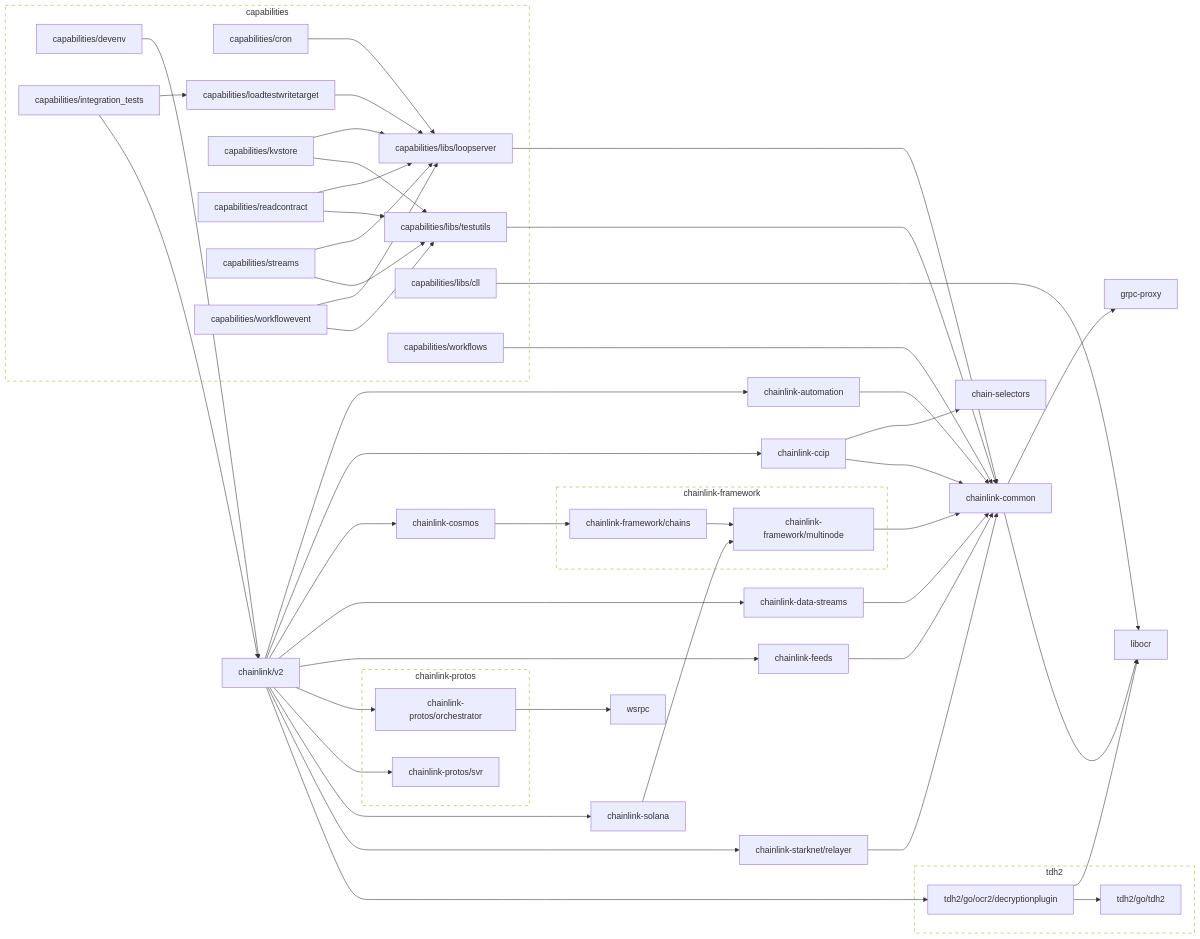
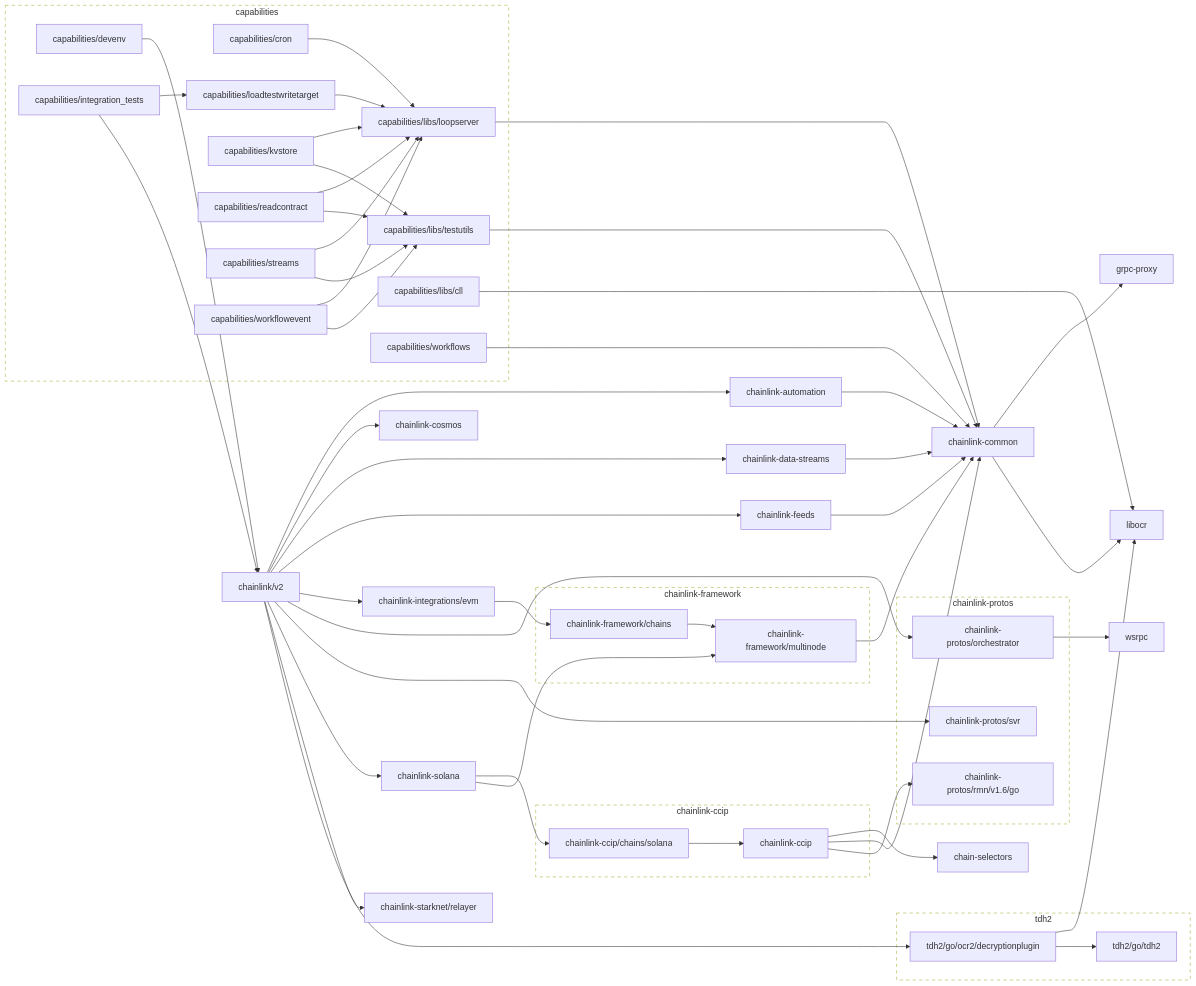
One commit to smartcontractkit/capabilities changed the diagram in go.md. Above: the diagram before and after it, drawn with Mermaid. The commit also changed 10 other files, not shown here.

````diff
--- a/go.md
+++ b/go.md
@@ -37,11 +37,14 @@
 	click chainlink-automation href "https://github.com/smartcontractkit/chainlink-automation"
 	chainlink-ccip --> chain-selectors
 	chainlink-ccip --> chainlink-common
+	chainlink-ccip --> chainlink-protos/rmn/v1.6/go
 	click chainlink-ccip href "https://github.com/smartcontractkit/chainlink-ccip"
+	chainlink-ccip/chains/solana --> chainlink-ccip
+	click chainlink-ccip/chains/solana href "https://github.com/smartcontractkit/chainlink-ccip"
 	chainlink-common --> grpc-proxy
 	chainlink-common --> libocr
 	click chainlink-common href "https://github.com/smartcontractkit/chainlink-common"
-	chainlink-cosmos --> chainlink-framework/chains
+	chainlink-cosmos
 	click chainlink-cosmos href "https://github.com/smartcontractkit/chainlink-cosmos"
 	chainlink-data-streams --> chainlink-common
 	click chainlink-data-streams href "https://github.com/smartcontractkit/chainlink-data-streams"
@@ -51,19 +54,24 @@
 	click chainlink-framework/chains href "https://github.com/smartcontractkit/chainlink-framework"
 	chainlink-framework/multinode --> chainlink-common
 	click chainlink-framework/multinode href "https://github.com/smartcontractkit/chainlink-framework"
+	chainlink-integrations/evm --> chainlink-framework/chains
+	click chainlink-integrations/evm href "https://github.com/smartcontractkit/chainlink-integrations"
 	chainlink-protos/orchestrator --> wsrpc
 	click chainlink-protos/orchestrator href "https://github.com/smartcontractkit/chainlink-protos"
+	chainlink-protos/rmn/v1.6/go
+	click chainlink-protos/rmn/v1.6/go href "https://github.com/smartcontractkit/chainlink-protos"
 	chainlink-protos/svr
 	click chainlink-protos/svr href "https://github.com/smartcontractkit/chainlink-protos"
+	chainlink-solana --> chainlink-ccip/chains/solana
 	chainlink-solana --> chainlink-framework/multinode
 	click chainlink-solana href "https://github.com/smartcontractkit/chainlink-solana"
-	chainlink-starknet/relayer --> chainlink-common
+	chainlink-starknet/relayer
 	click chainlink-starknet/relayer href "https://github.com/smartcontractkit/chainlink-starknet"
 	chainlink/v2 --> chainlink-automation
-	chainlink/v2 --> chainlink-ccip
 	chainlink/v2 --> chainlink-cosmos
 	chainlink/v2 --> chainlink-data-streams
 	chainlink/v2 --> chainlink-feeds
+	chainlink/v2 --> chainlink-integrations/evm
 	chainlink/v2 --> chainlink-protos/orchestrator
 	chainlink/v2 --> chainlink-protos/svr
 	chainlink/v2 --> chainlink-solana
@@ -98,6 +106,12 @@
 	end
 	click capabilities-repo href "https://github.com/smartcontractkit/capabilities"
 
+	subgraph chainlink-ccip-repo[chainlink-ccip]
+		 chainlink-ccip
+		 chainlink-ccip/chains/solana
+	end
+	click chainlink-ccip-repo href "https://github.com/smartcontractkit/chainlink-ccip"
+
 	subgraph chainlink-framework-repo[chainlink-framework]
 		 chainlink-framework/chains
 		 chainlink-framework/multinode
@@ -106,6 +120,7 @@
 
 	subgraph chainlink-protos-repo[chainlink-protos]
 		 chainlink-protos/orchestrator
+		 chainlink-protos/rmn/v1.6/go
 		 chainlink-protos/svr
 	end
 	click chainlink-protos-repo href "https://github.com/smartcontractkit/chainlink-protos"
@@ -117,5 +132,5 @@
 	click tdh2-repo href "https://github.com/smartcontractkit/tdh2"
 
 	classDef outline stroke-dasharray:6,fill:none;
-	class capabilities-repo,chainlink-framework-repo,chainlink-protos-repo,tdh2-repo outline
+	class capabilities-repo,chainlink-ccip-repo,chainlink-framework-repo,chainlink-protos-repo,tdh2-repo outline
 ```
````
